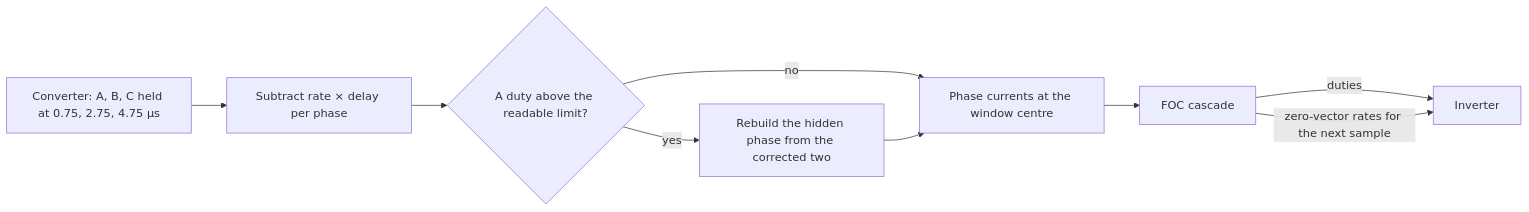
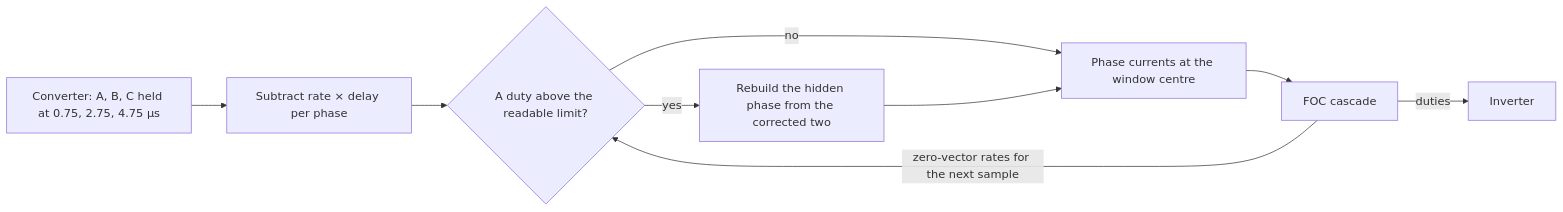
Before and after one commit to embedded-pro/e-foc: the first of 2 diagrams in documentation/design/platform-sampling-skew.md, drawn with Mermaid. The commit also changed other lines of this file and 34 other files, not shown here.

First line of the commit message:
perf: hand the zero-vector slopes straight to the platform

````diff
--- a/documentation/design/platform-sampling-skew.md
+++ b/documentation/design/platform-sampling-skew.md
@@ -119,10 +123,10 @@
 ```mermaid
 flowchart LR
     ADC[Converter: A, B, C held at 0.75, 2.75, 4.75 µs] --> COR[Subtract rate × delay per phase]
     COR --> RB{A duty above the readable limit?}
     RB -->|no| OUT[Phase currents at the window centre]
     RB -->|yes| REB[Rebuild the hidden phase from the corrected two] --> OUT
     OUT --> CAS[FOC cascade]
     CAS -->|duties| INV[Inverter]
-    CAS -->|zero-vector rates for the next sample| INV
+    CAS -->|zero-vector rates for the next sample| RB
 ```
````
